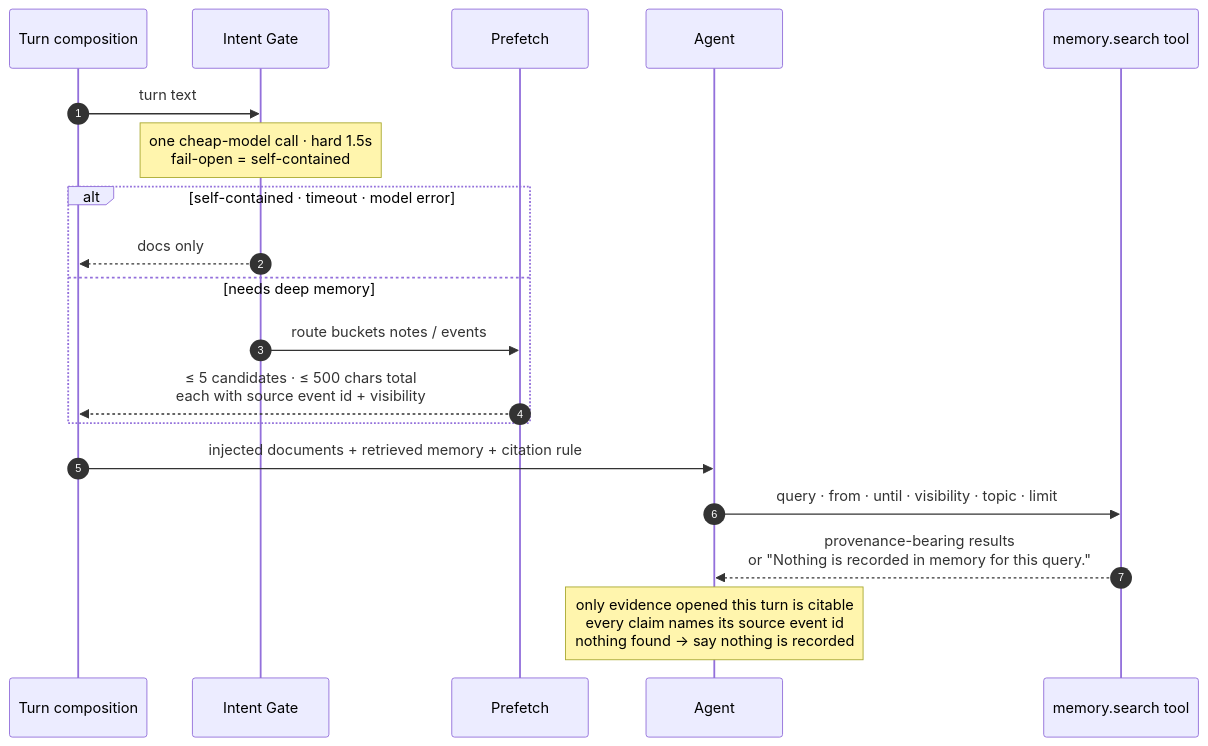
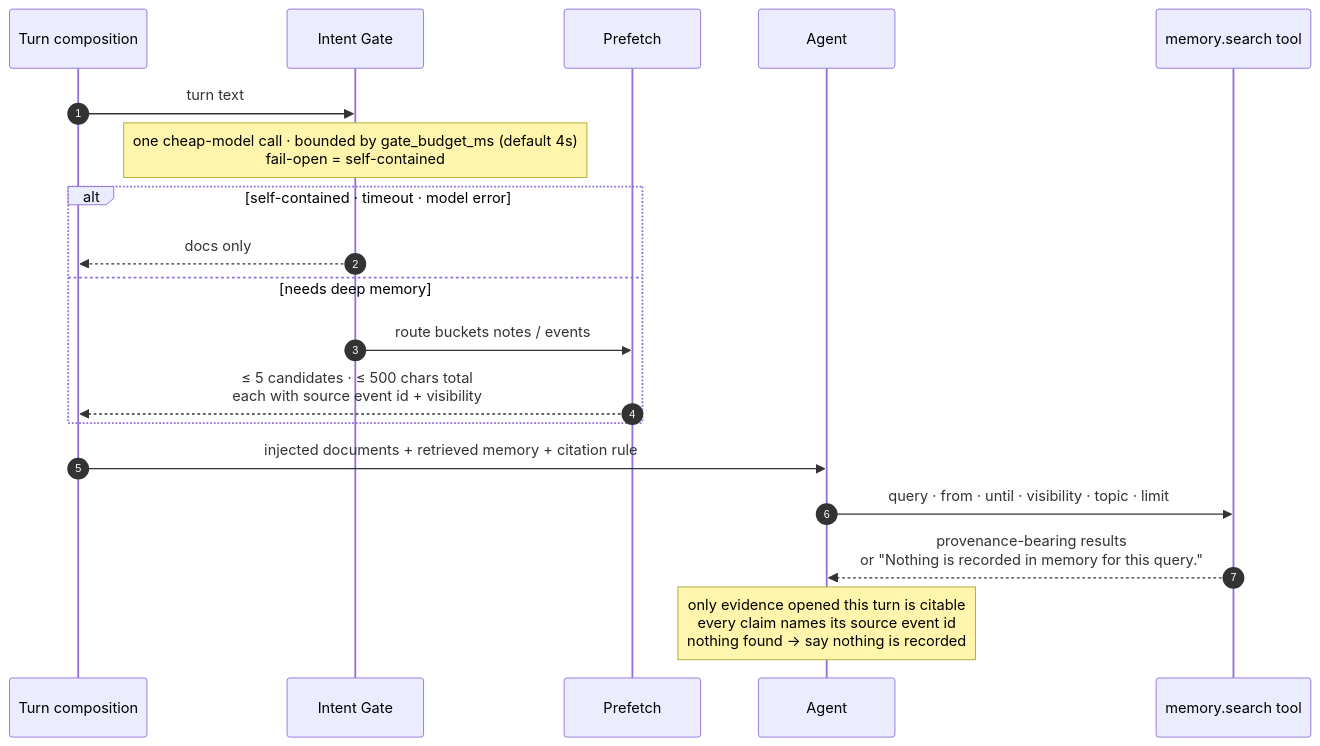
The eighth of 11 diagrams in docs/memory-system.md (oniharnantyo/onclaw), drawn with Mermaid before and after one commit. The commit also changed other lines of this file and 100 other files, not shown here.

````diff
--- a/docs/memory-system.md
+++ b/docs/memory-system.md
@@ -267,22 +267,22 @@
 ```mermaid
 sequenceDiagram
     autonumber
     participant T as Turn composition
     participant IG as Intent Gate
     participant P as Prefetch
     participant A as Agent
     participant MS as memory.search tool
 
     T->>IG: turn text
-    Note over IG: one cheap-model call · hard 1.5s<br/>fail-open = self-contained
+    Note over IG: one cheap-model call · bounded by gate_budget_ms (default 4s)<br/>fail-open = self-contained
     alt self-contained · timeout · model error
         IG-->>T: docs only
     else needs deep memory
         IG->>P: route buckets notes / events
         P-->>T: ≤ 5 candidates · ≤ 500 chars total<br/>each with source event id + visibility
     end
     T->>A: injected documents + retrieved memory + citation rule
     A->>MS: query · from · until · visibility · topic · limit
     MS-->>A: provenance-bearing results<br/>or "Nothing is recorded in memory for this query."
     Note over A: only evidence opened this turn is citable<br/>every claim names its source event id<br/>nothing found → say nothing is recorded
 ```
````
